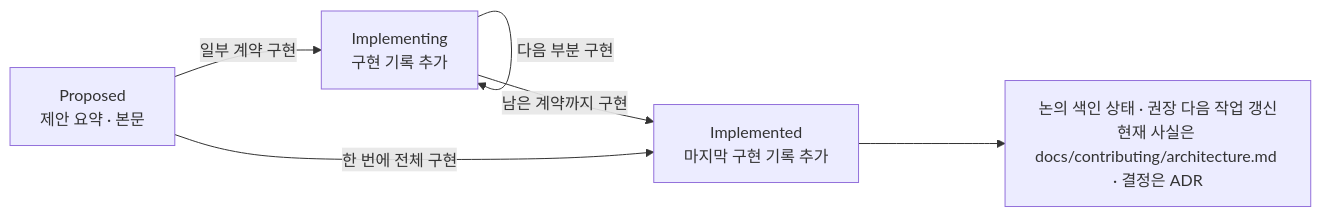
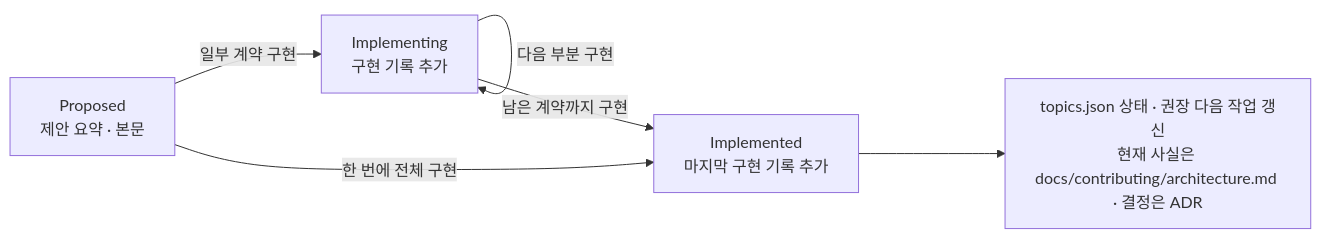
The second of 2 diagrams in docs/discussion/architecture/topics/implementation-contracts.md (IsthisLee/agent-context-manager), drawn with Mermaid before and after one commit. The commit also changed other lines of this file and 81 other files, not shown here.

````diff
--- a/docs/discussion/architecture/topics/implementation-contracts.md
+++ b/docs/discussion/architecture/topics/implementation-contracts.md
@@ -67,8 +69,8 @@
 ```mermaid
 flowchart LR
   P["Proposed<br/>제안 요약 · 본문"] -->|"일부 계약 구현"| I["Implementing<br/>구현 기록 추가"]
   I -->|"다음 부분 구현"| I
   I -->|"남은 계약까지 구현"| D["Implemented<br/>마지막 구현 기록 추가"]
   P -->|"한 번에 전체 구현"| D
-  D --> SYNC["논의 색인 상태 · 권장 다음 작업 갱신<br/>현재 사실은 docs/contributing/architecture.md · 결정은 ADR"]
+  D --> SYNC["topics.json 상태 · 권장 다음 작업 갱신<br/>현재 사실은 docs/contributing/architecture.md · 결정은 ADR"]
 ```
````
